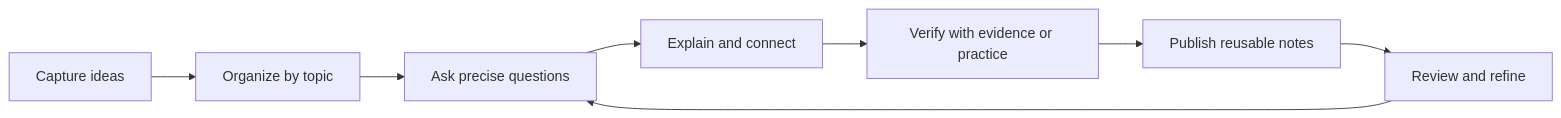
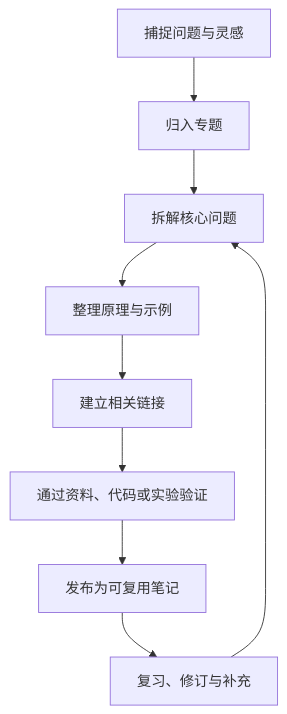
The diagram in README.md (ilikui/wiki), drawn with Mermaid before and after one commit. The commit also changed other lines of this file, not shown here.

````diff
--- a/README.md
+++ b/README.md
@@ -43,10 +68,11 @@
-```mermaid
-flowchart LR
-    A[Capture ideas] --> B[Organize by topic]
-    B --> C[Ask precise questions]
-    C --> D[Explain and connect]
-    D --> E[Verify with evidence or practice]
-    E --> F[Publish reusable notes]
-    F --> G[Review and refine]
-    G --> C
-```
+~~~mermaid
+flowchart TD
+    A[捕捉问题与灵感] --> B[归入专题]
+    B --> C[拆解核心问题]
+    C --> D[整理原理与示例]
+    D --> E[建立相关链接]
+    E --> F[通过资料、代码或实验验证]
+    F --> G[发布为可复用笔记]
+    G --> H[复习、修订与补充]
+    H --> C
+~~~
````
